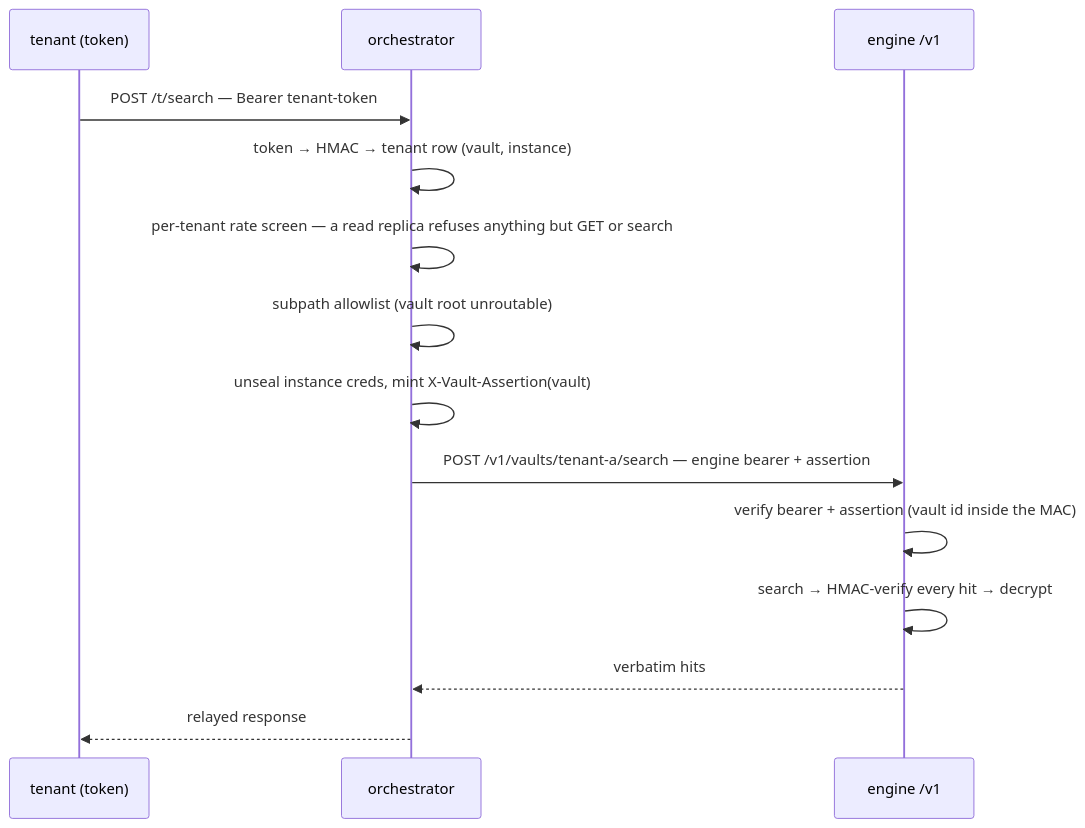
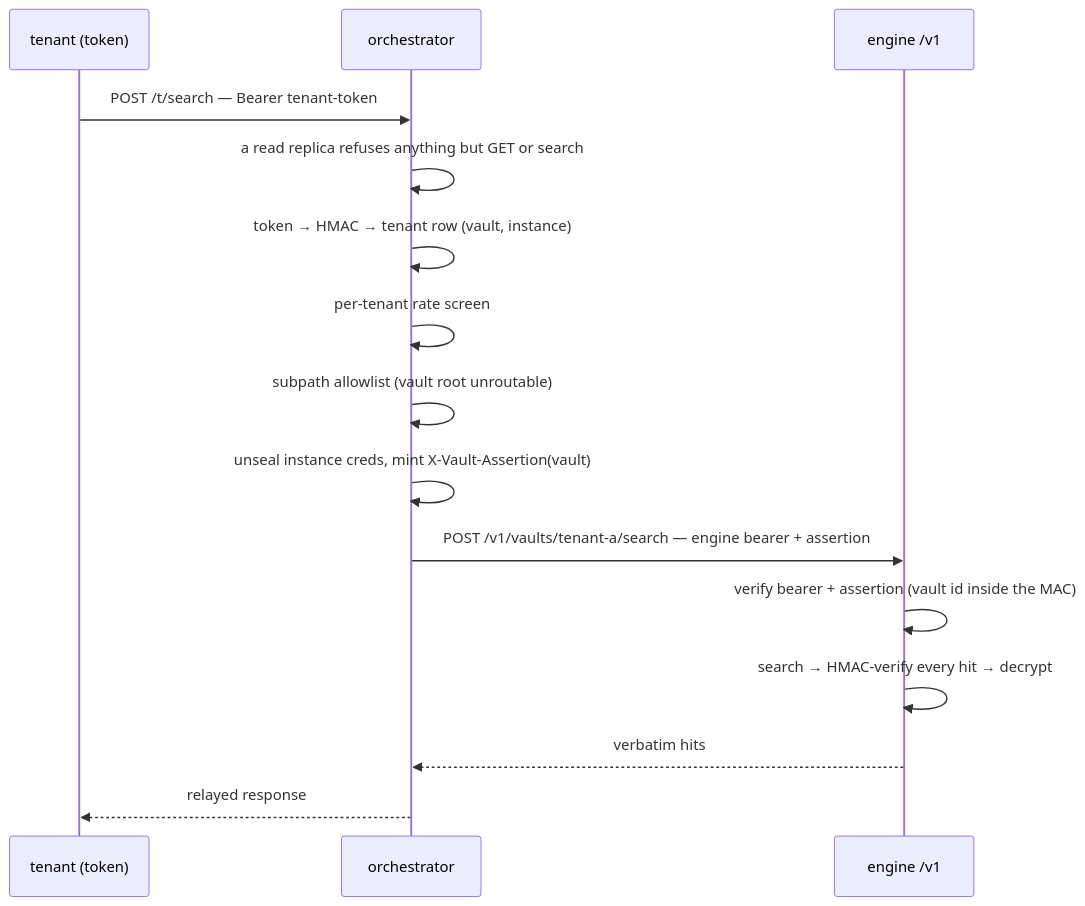
One commit to sealcroft/undercroft changed the second of 3 diagrams in docs/MULTI_TENANCY.md. Above: the diagram before and after it, drawn with Mermaid. The commit also changed other lines of this file and 93 other files, not shown here.

````diff
--- a/docs/MULTI_TENANCY.md
+++ b/docs/MULTI_TENANCY.md
@@ -379,16 +383,17 @@
 ```mermaid
 sequenceDiagram
     participant T as tenant (token)
     participant O as orchestrator
     participant E as engine /v1
     T->>O: POST /t/search — Bearer tenant-token
+    O->>O: a read replica refuses anything but GET or search
     O->>O: token → HMAC → tenant row (vault, instance)
-    O->>O: per-tenant rate screen — a read replica refuses anything but GET or search
+    O->>O: per-tenant rate screen
     O->>O: subpath allowlist (vault root unroutable)
     O->>O: unseal instance creds, mint X-Vault-Assertion(vault)
     O->>E: POST /v1/vaults/tenant-a/search — engine bearer + assertion
     E->>E: verify bearer + assertion (vault id inside the MAC)
     E->>E: search → HMAC-verify every hit → decrypt
     E-->>O: verbatim hits
     O-->>T: relayed response
 ```
````
